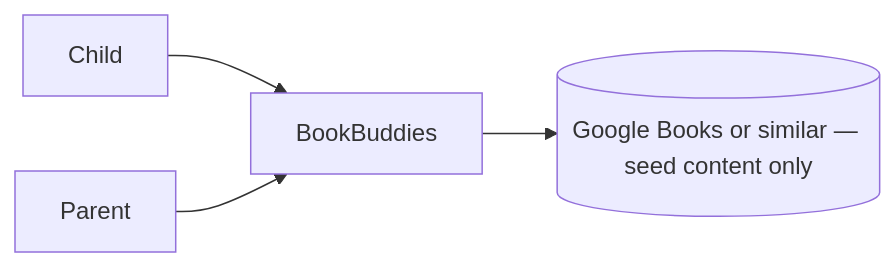
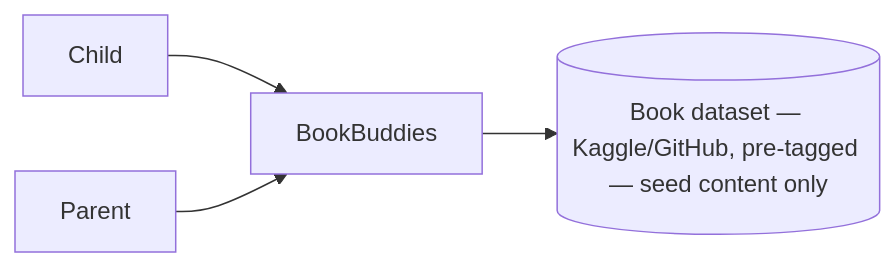
Before and after one commit to videogames21/book_buddies: the third of 3 diagrams in docs/requirements/vision-and-scope.md, drawn with Mermaid. The commit also changed other lines of this file, not shown here.

````diff
--- a/docs/requirements/vision-and-scope.md
+++ b/docs/requirements/vision-and-scope.md
@@ -181,6 +190,6 @@
 ```mermaid
 flowchart LR
   Child[Child] --> BB[BookBuddies]
   Parent[Parent] --> BB
-  BB --> GB[(Google Books or similar — seed content only)]
+  BB --> GB[(Book dataset — Kaggle/GitHub, pre-tagged — seed content only)]
 ```
````
